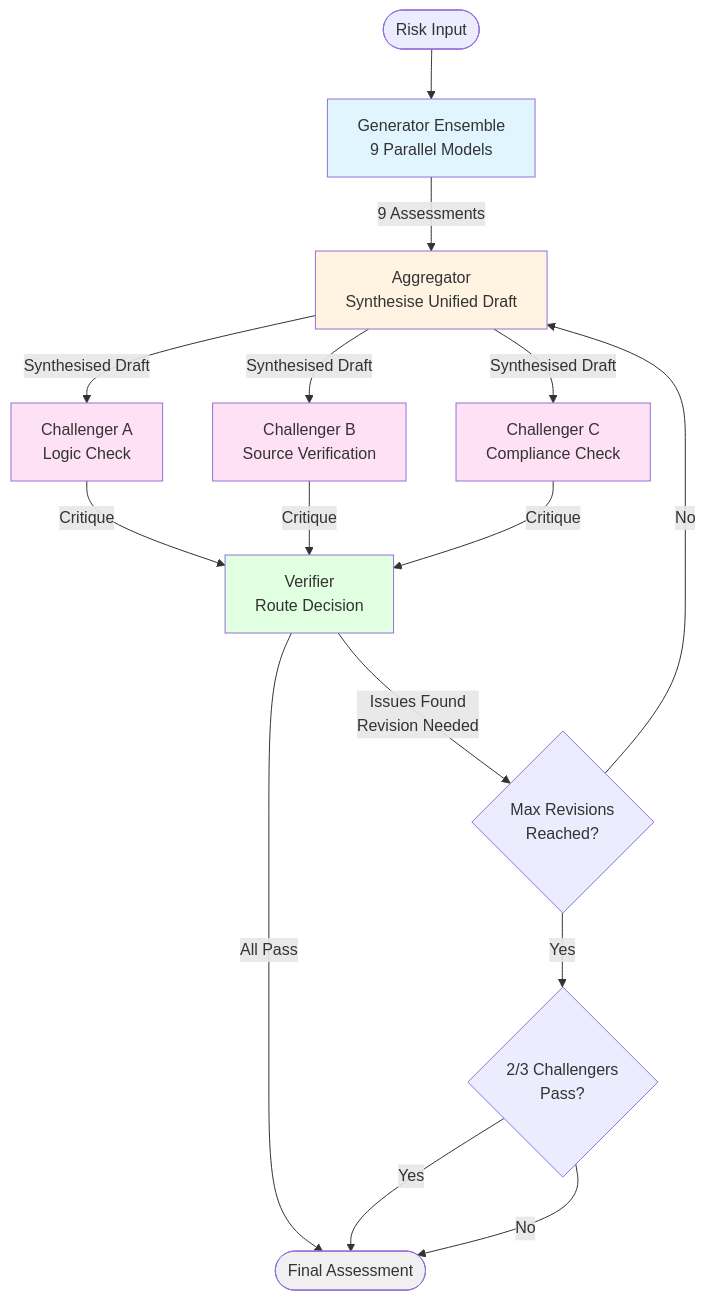
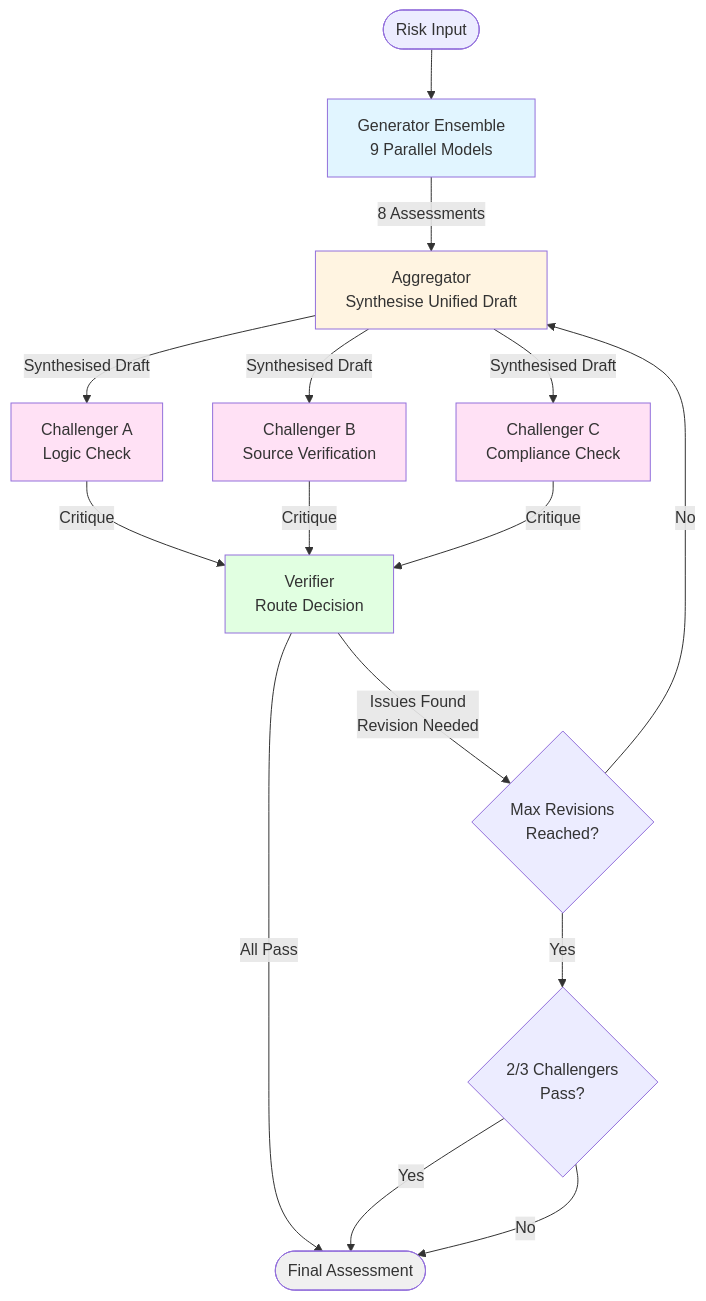
Before and after one commit to Brishian427/IOT-risk-assessment-mas: the first of 2 diagrams in README.md, drawn with Mermaid. The commit also changed other lines of this file and 2 other files, not shown here.

````diff
--- a/README.md
+++ b/README.md
@@ -58,31 +58,31 @@
 ```mermaid
 graph TD
     Start([Risk Input]) --> GenEnsemble[Generator Ensemble<br/>9 Parallel Models]
     
-    GenEnsemble --> |9 Assessments| Aggregator[Aggregator<br/>Synthesise Unified Draft]
+    GenEnsemble --> |8 Assessments| Aggregator[Aggregator<br/>Synthesise Unified Draft]
     
     Aggregator --> |Synthesised Draft| ChallengerA[Challenger A<br/>Logic Check]
     Aggregator --> |Synthesised Draft| ChallengerB[Challenger B<br/>Source Verification]
     Aggregator --> |Synthesised Draft| ChallengerC[Challenger C<br/>Compliance Check]
     
     ChallengerA --> |Critique| Verifier[Verifier<br/>Route Decision]
     ChallengerB --> |Critique| Verifier
     ChallengerC --> |Critique| Verifier
     
     Verifier --> |All Pass| End([Final Assessment])
     Verifier --> |Issues Found<br/>Revision Needed| RevisionCheck{Max Revisions<br/>Reached?}
     
     RevisionCheck --> |No| Aggregator
     RevisionCheck --> |Yes| GracefulCheck{2/3 Challengers<br/>Pass?}
     
     GracefulCheck --> |Yes| End
     GracefulCheck --> |No| End
     
     style GenEnsemble fill:#e1f5ff
     style Aggregator fill:#fff4e1
     style ChallengerA fill:#ffe1f5
     style ChallengerB fill:#ffe1f5
     style ChallengerC fill:#ffe1f5
     style Verifier fill:#e1ffe1
     style End fill:#f0f0f0
 ```
````
